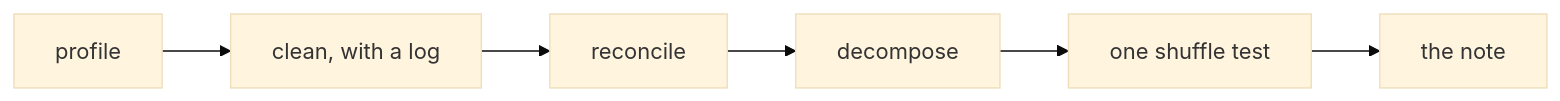
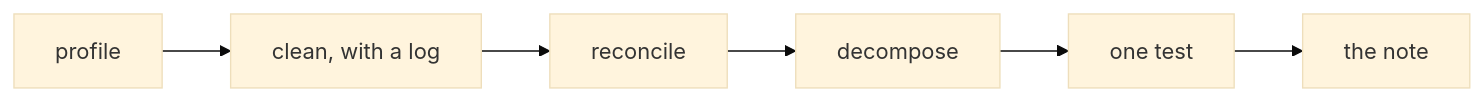
The second of 3 diagrams in content/W01/D5/study-notes/C2_W01_D05_notes_STUDENT.md (fde-academy-lab/c2-content-factory), drawn with Mermaid (base theme) before and after one commit. The commit also changed other lines of this file and 1 other file, not shown here.

````diff
--- a/content/W01/D5/study-notes/C2_W01_D05_notes_STUDENT.md
+++ b/content/W01/D5/study-notes/C2_W01_D05_notes_STUDENT.md
@@ -56,8 +59,8 @@
 ```mermaid
 flowchart LR
     P["profile"] --> C["clean, with a log"]
     C --> R["reconcile"]
     R --> D["decompose"]
-    D --> T["one shuffle test"]
+    D --> T["one test"]
     T --> N["the note"]
 ```
````
